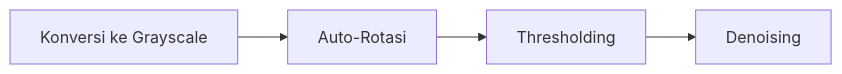
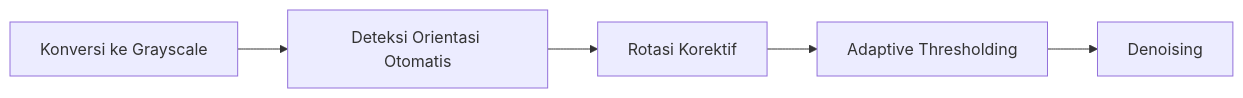
The third of 8 diagrams in README.md (irazawa/Manga-OCR), drawn with Mermaid before and after one commit. The commit also changed other lines of this file and 4 other files, not shown here.

````diff
--- a/README.md
+++ b/README.md
@@ -49,4 +47,4 @@
 ```mermaid
 flowchart LR
-    B1[Konversi ke Grayscale] --> B2[Auto-Rotasi] --> B3[Thresholding] --> B4[Denoising]
+    B1[Konversi ke Grayscale] --> B2[Deteksi Orientasi Otomatis] --> B3[Rotasi Korektif] --> B4[Adaptive Thresholding] --> B5[Denoising]
 ```
````
